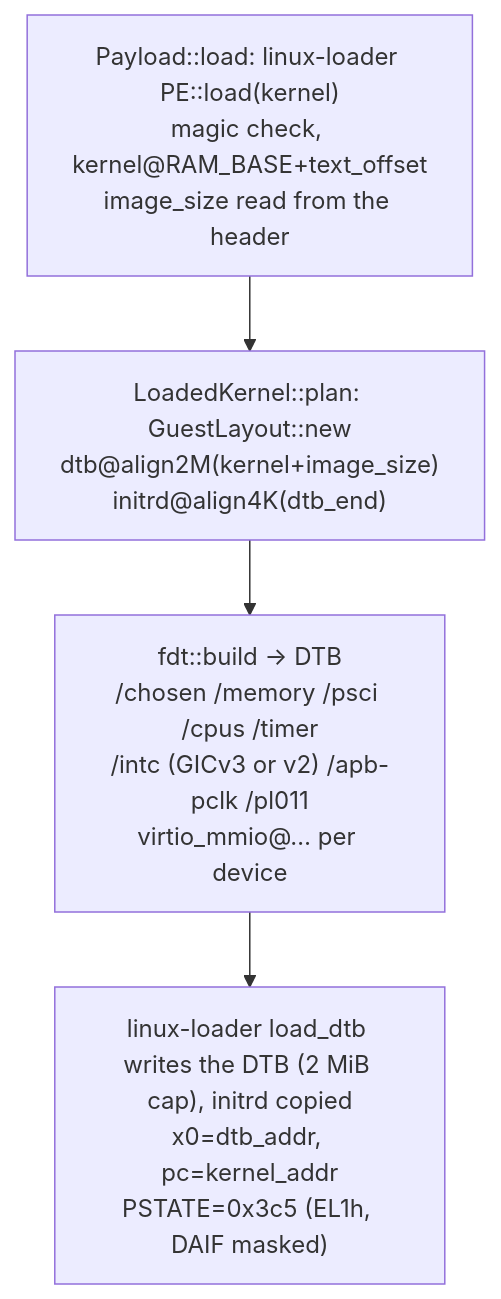
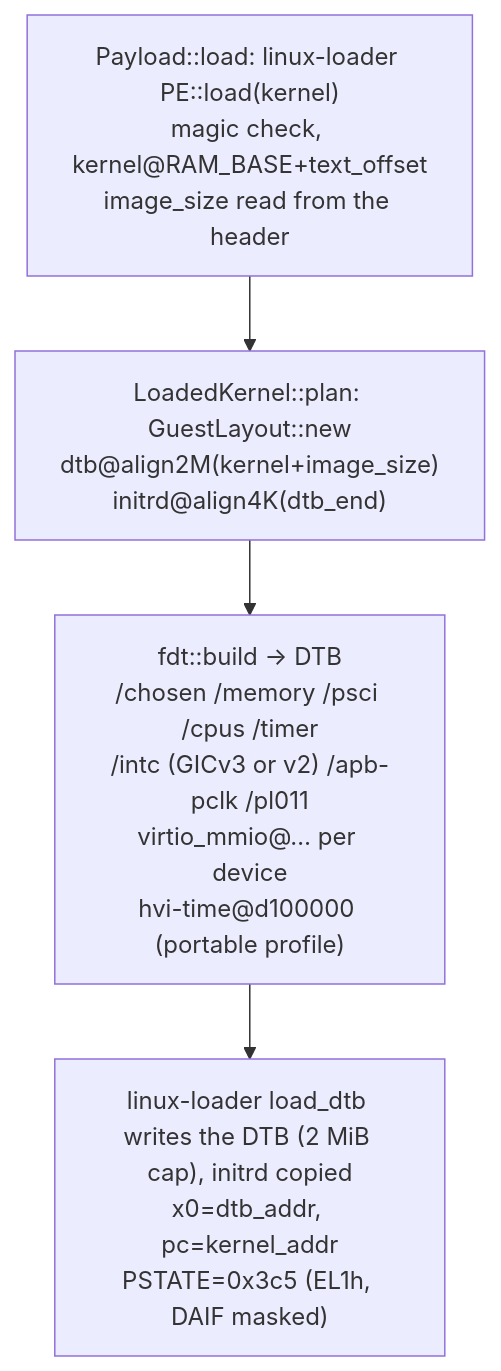
Before and after one commit to brig-sh/hvi-vmm: the second of 4 diagrams in docs/architecture.md, drawn with Mermaid. The commit also changed other lines of this file and 20 other files, not shown here.

First line of the commit message:
feat(portable): Add hvi-time and boot the portable profile on KVM

````diff
--- a/docs/architecture.md
+++ b/docs/architecture.md
@@ -210,7 +210,7 @@
 ```mermaid
 flowchart TB
     A["Payload::load: linux-loader PE::load(kernel)<br/>magic check, kernel@RAM_BASE+text_offset<br/>image_size read from the header"] --> B
     B["LoadedKernel::plan: GuestLayout::new<br/>dtb@align2M(kernel+image_size)<br/>initrd@align4K(dtb_end)"] --> C
-    C["fdt::build → DTB<br/>/chosen /memory /psci /cpus /timer<br/>/intc (GICv3 or v2) /apb-pclk /pl011<br/>virtio_mmio@… per device"] --> D
+    C["fdt::build → DTB<br/>/chosen /memory /psci /cpus /timer<br/>/intc (GICv3 or v2) /apb-pclk /pl011<br/>virtio_mmio@… per device<br/>hvi-time@d100000 (portable profile)"] --> D
     D["linux-loader load_dtb writes the DTB (2 MiB cap), initrd copied<br/>x0=dtb_addr, pc=kernel_addr<br/>PSTATE=0x3c5 (EL1h, DAIF masked)"]
 ```
````
